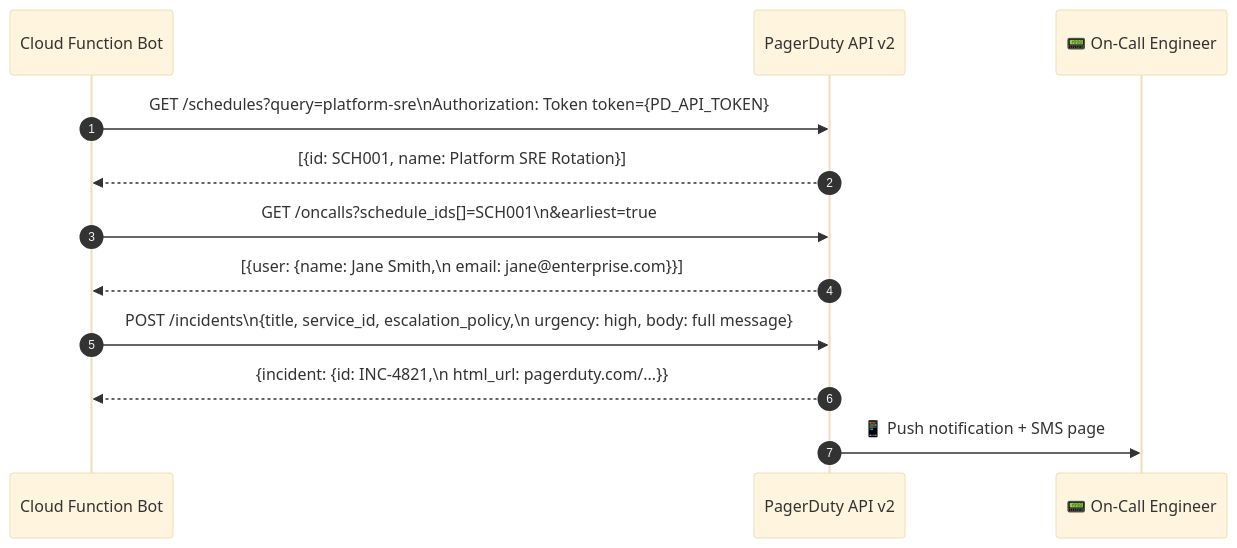
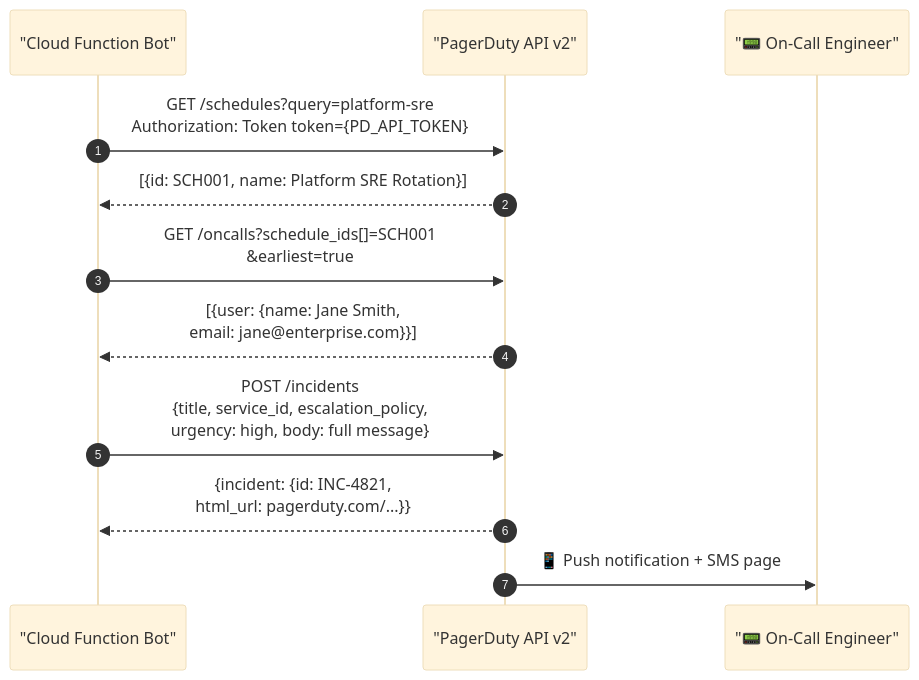
Diagram 12 of 16 in mkdocs-devops-platform/docs/architecture-diagrams.md (AravindKumarjoshi/devops-platform), drawn with Mermaid (base theme) before and after one commit. The commit also changed other lines of this file and 1 other file, not shown here.

Commit message:
fix: mermaid syntax errors (replace \n with <br> and quote aliases)

````diff
--- a/mkdocs-devops-platform/docs/architecture-diagrams.md
+++ b/mkdocs-devops-platform/docs/architecture-diagrams.md
@@ -355,15 +355,15 @@
     ```mermaid
     sequenceDiagram
         autonumber
-        participant BOT as Cloud Function Bot
-        participant PD as PagerDuty API v2
-        participant ENG as 📟 On-Call Engineer
+        participant BOT as "Cloud Function Bot"
+        participant PD as "PagerDuty API v2"
+        participant ENG as "📟 On-Call Engineer"
 
-        BOT->>PD: GET /schedules?query=platform-sre\nAuthorization: Token token={PD_API_TOKEN}
+        BOT->>PD: GET /schedules?query=platform-sre<br>Authorization: Token token={PD_API_TOKEN}
         PD-->>BOT: [{id: SCH001, name: Platform SRE Rotation}]
-        BOT->>PD: GET /oncalls?schedule_ids[]=SCH001\n&earliest=true
-        PD-->>BOT: [{user: {name: Jane Smith,\n  email: jane@enterprise.com}}]
-        BOT->>PD: POST /incidents\n{title, service_id, escalation_policy,\n urgency: high, body: full message}
-        PD-->>BOT: {incident: {id: INC-4821,\n  html_url: pagerduty.com/...}}
+        BOT->>PD: GET /oncalls?schedule_ids[]=SCH001<br>&earliest=true
+        PD-->>BOT: [{user: {name: Jane Smith,<br>  email: jane@enterprise.com}}]
+        BOT->>PD: POST /incidents<br>{title, service_id, escalation_policy,<br> urgency: high, body: full message}
+        PD-->>BOT: {incident: {id: INC-4821,<br>  html_url: pagerduty.com/...}}
         PD->>ENG: 📱 Push notification + SMS page
     ```
````
